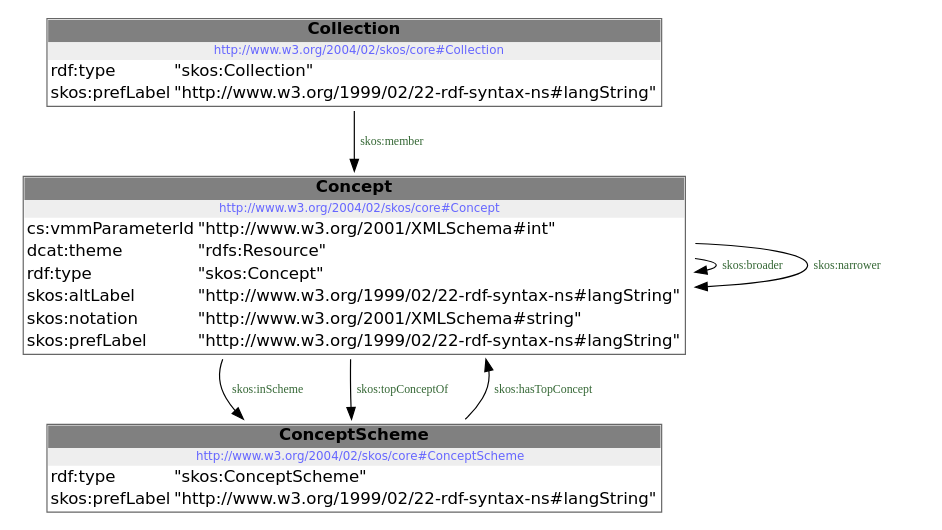
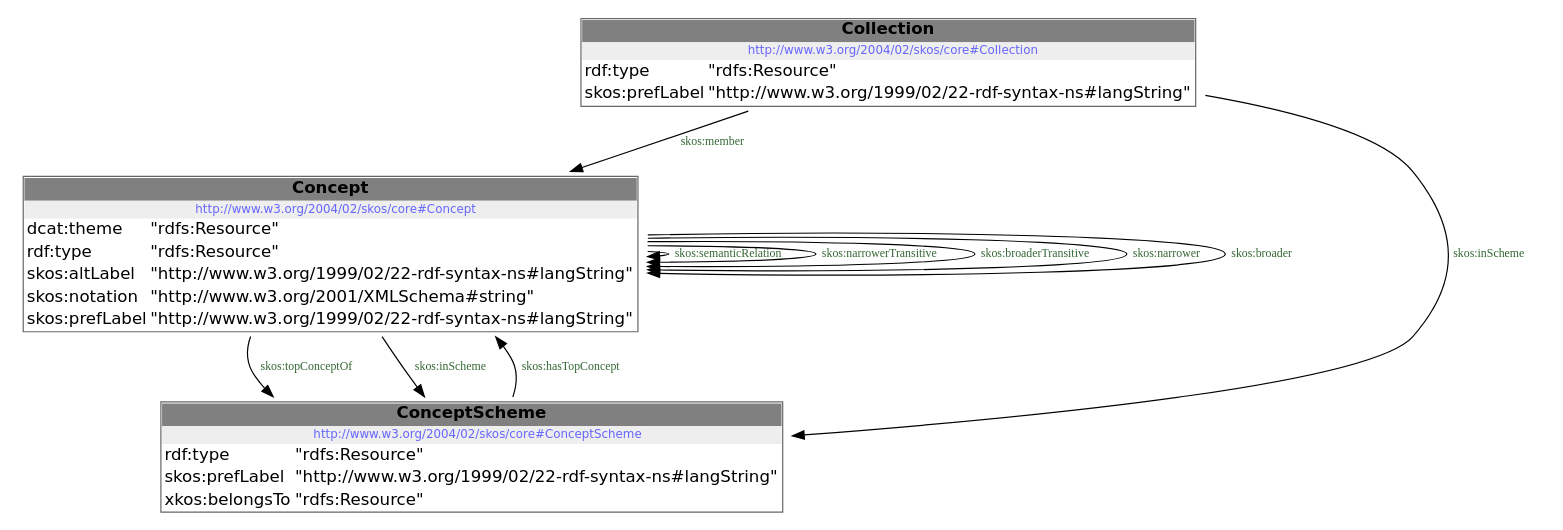
The diagram in src/main/documentation/model.dot (milieuinfo/codelijst-fysico-chemische-eigenschap), drawn with Graphviz before and after one commit. The commit also changed 3 other files, not shown here.

```diff
--- a/src/main/documentation/model.dot
+++ b/src/main/documentation/model.dot
@@ -1,15 +1,19 @@
 digraph { 
  node [ fontname="DejaVu Sans" ] ; 
+	node0 -> node0 [ color=BLACK, label=< <font point-size='10' color='#336633'>skos:semanticRelation</font> > ] ;
+	node0 -> node0 [ color=BLACK, label=< <font point-size='10' color='#336633'>skos:narrowerTransitive</font> > ] ;
+	node0 -> node1 [ color=BLACK, label=< <font point-size='10' color='#336633'>skos:topConceptOf</font> > ] ;
+	node0 -> node0 [ color=BLACK, label=< <font point-size='10' color='#336633'>skos:broaderTransitive</font> > ] ;
+	node0 -> node1 [ color=BLACK, label=< <font point-size='10' color='#336633'>skos:inScheme</font> > ] ;
+	node2 -> node0 [ color=BLACK, label=< <font point-size='10' color='#336633'>skos:member</font> > ] ;
+	node2 -> node1 [ color=BLACK, label=< <font point-size='10' color='#336633'>skos:inScheme</font> > ] ;
+	node1 -> node0 [ color=BLACK, label=< <font point-size='10' color='#336633'>skos:hasTopConcept</font> > ] ;
+	node0 -> node0 [ color=BLACK, label=< <font point-size='10' color='#336633'>skos:narrower</font> > ] ;
 	node0 -> node0 [ color=BLACK, label=< <font point-size='10' color='#336633'>skos:broader</font> > ] ;
-	node0 -> node1 [ color=BLACK, label=< <font point-size='10' color='#336633'>skos:inScheme</font> > ] ;
-	node0 -> node0 [ color=BLACK, label=< <font point-size='10' color='#336633'>skos:narrower</font> > ] ;
-	node1 -> node0 [ color=BLACK, label=< <font point-size='10' color='#336633'>skos:hasTopConcept</font> > ] ;
-	node0 -> node1 [ color=BLACK, label=< <font point-size='10' color='#336633'>skos:topConceptOf</font> > ] ;
-	node2 -> node0 [ color=BLACK, label=< <font point-size='10' color='#336633'>skos:member</font> > ] ;
 # http://www.w3.org/2004/02/skos/core#Concept node0
-node0 [ shape=none, color=black label=< <table color='#666666' cellborder='0' cellspacing='0' border='1'><tr><td colspan='2' bgcolor='grey'><B>Concept</B></td></tr><tr><td href='http://www.w3.org/2004/02/skos/core#Concept' bgcolor='#eeeeee' colspan='2'><font point-size='10' color='#6666ff'>http://www.w3.org/2004/02/skos/core#Concept</font></td></tr><tr><td align='left'>cs:vmmParameterId</td><td align='left'>&quot;http://www.w3.org/2001/XMLSchema#int&quot;</td></tr><tr><td align='left'>dcat:theme</td><td align='left'>&quot;rdfs:Resource&quot;</td></tr><tr><td align='left'>rdf:type</td><td align='left'>&quot;skos:Concept&quot;</td></tr><tr><td align='left'>skos:altLabel</td><td align='left'>&quot;http://www.w3.org/1999/02/22-rdf-syntax-ns#langString&quot;</td></tr><tr><td align='left'>skos:notation</td><td align='left'>&quot;http://www.w3.org/2001/XMLSchema#string&quot;</td></tr><tr><td align='left'>skos:prefLabel</td><td align='left'>&quot;http://www.w3.org/1999/02/22-rdf-syntax-ns#langString&quot;</td></tr></table> > ] 
+node0 [ shape=none, color=black label=< <table color='#666666' cellborder='0' cellspacing='0' border='1'><tr><td colspan='2' bgcolor='grey'><B>Concept</B></td></tr><tr><td href='http://www.w3.org/2004/02/skos/core#Concept' bgcolor='#eeeeee' colspan='2'><font point-size='10' color='#6666ff'>http://www.w3.org/2004/02/skos/core#Concept</font></td></tr><tr><td align='left'>dcat:theme</td><td align='left'>&quot;rdfs:Resource&quot;</td></tr><tr><td align='left'>rdf:type</td><td align='left'>&quot;rdfs:Resource&quot;</td></tr><tr><td align='left'>skos:altLabel</td><td align='left'>&quot;http://www.w3.org/1999/02/22-rdf-syntax-ns#langString&quot;</td></tr><tr><td align='left'>skos:notation</td><td align='left'>&quot;http://www.w3.org/2001/XMLSchema#string&quot;</td></tr><tr><td align='left'>skos:prefLabel</td><td align='left'>&quot;http://www.w3.org/1999/02/22-rdf-syntax-ns#langString&quot;</td></tr></table> > ] 
 # http://www.w3.org/2004/02/skos/core#ConceptScheme node1
-node1 [ shape=none, color=black label=< <table color='#666666' cellborder='0' cellspacing='0' border='1'><tr><td colspan='2' bgcolor='grey'><B>ConceptScheme</B></td></tr><tr><td href='http://www.w3.org/2004/02/skos/core#ConceptScheme' bgcolor='#eeeeee' colspan='2'><font point-size='10' color='#6666ff'>http://www.w3.org/2004/02/skos/core#ConceptScheme</font></td></tr><tr><td align='left'>rdf:type</td><td align='left'>&quot;skos:ConceptScheme&quot;</td></tr><tr><td align='left'>skos:prefLabel</td><td align='left'>&quot;http://www.w3.org/1999/02/22-rdf-syntax-ns#langString&quot;</td></tr></table> > ] 
+node1 [ shape=none, color=black label=< <table color='#666666' cellborder='0' cellspacing='0' border='1'><tr><td colspan='2' bgcolor='grey'><B>ConceptScheme</B></td></tr><tr><td href='http://www.w3.org/2004/02/skos/core#ConceptScheme' bgcolor='#eeeeee' colspan='2'><font point-size='10' color='#6666ff'>http://www.w3.org/2004/02/skos/core#ConceptScheme</font></td></tr><tr><td align='left'>rdf:type</td><td align='left'>&quot;rdfs:Resource&quot;</td></tr><tr><td align='left'>skos:prefLabel</td><td align='left'>&quot;http://www.w3.org/1999/02/22-rdf-syntax-ns#langString&quot;</td></tr><tr><td align='left'>xkos:belongsTo</td><td align='left'>&quot;rdfs:Resource&quot;</td></tr></table> > ] 
 # http://www.w3.org/2004/02/skos/core#Collection node2
-node2 [ shape=none, color=black label=< <table color='#666666' cellborder='0' cellspacing='0' border='1'><tr><td colspan='2' bgcolor='grey'><B>Collection</B></td></tr><tr><td href='http://www.w3.org/2004/02/skos/core#Collection' bgcolor='#eeeeee' colspan='2'><font point-size='10' color='#6666ff'>http://www.w3.org/2004/02/skos/core#Collection</font></td></tr><tr><td align='left'>rdf:type</td><td align='left'>&quot;skos:Collection&quot;</td></tr><tr><td align='left'>skos:prefLabel</td><td align='left'>&quot;http://www.w3.org/1999/02/22-rdf-syntax-ns#langString&quot;</td></tr></table> > ] 
+node2 [ shape=none, color=black label=< <table color='#666666' cellborder='0' cellspacing='0' border='1'><tr><td colspan='2' bgcolor='grey'><B>Collection</B></td></tr><tr><td href='http://www.w3.org/2004/02/skos/core#Collection' bgcolor='#eeeeee' colspan='2'><font point-size='10' color='#6666ff'>http://www.w3.org/2004/02/skos/core#Collection</font></td></tr><tr><td align='left'>rdf:type</td><td align='left'>&quot;rdfs:Resource&quot;</td></tr><tr><td align='left'>skos:prefLabel</td><td align='left'>&quot;http://www.w3.org/1999/02/22-rdf-syntax-ns#langString&quot;</td></tr></table> > ] 
 }
```
